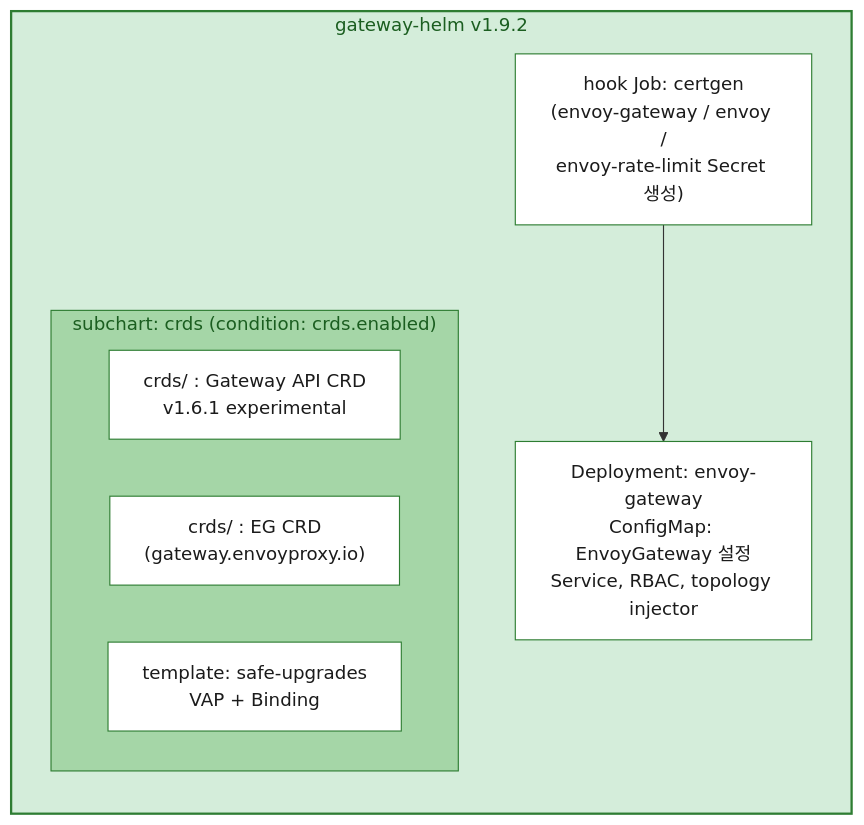
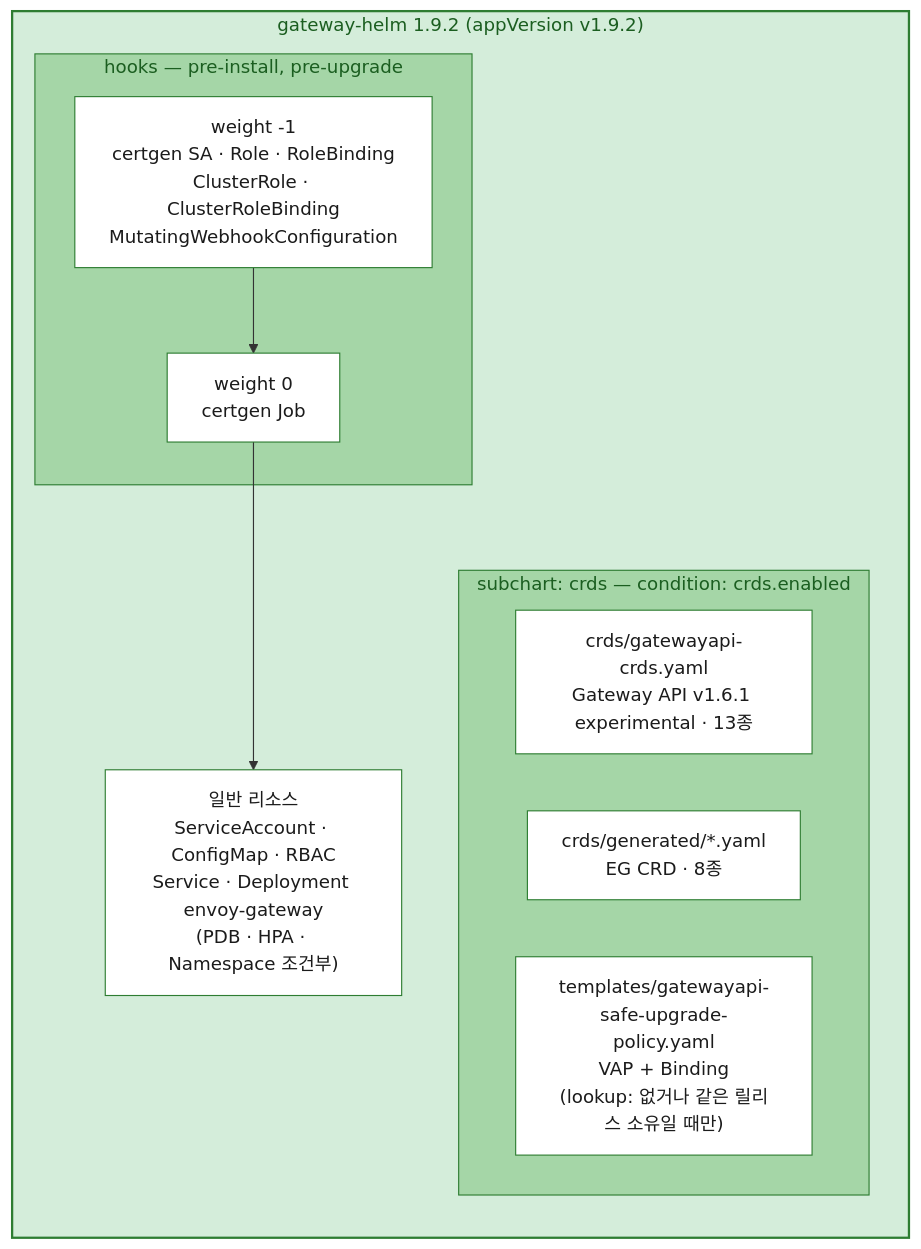
One commit to nkicker82/chat-with-ai changed the first of 4 diagrams in docs/envoy-gateway/envoy-gateway-helm-install-ts.md. Above: the diagram before and after it, drawn with Mermaid. The commit also changed other lines of this file, not shown here.

````diff
--- a/docs/envoy-gateway/envoy-gateway-helm-install-ts.md
+++ b/docs/envoy-gateway/envoy-gateway-helm-install-ts.md
@@ -80,18 +86,23 @@
 ```mermaid
+%%{init: {'themeVariables': {'fontSize': '16px'}}}%%
 flowchart TB
-  subgraph GH["gateway-helm v1.9.2"]
+  subgraph GH["gateway-helm 1.9.2  (appVersion v1.9.2)"]
     direction TB
-    subgraph SUB["subchart: crds  (condition: crds.enabled)"]
-      C1["crds/ : Gateway API CRD<br/>v1.6.1 experimental"]
-      C2["crds/ : EG CRD<br/>(gateway.envoyproxy.io)"]
-      V["template: safe-upgrades<br/>VAP + Binding"]
+    subgraph SUB["subchart: crds  —  condition: crds.enabled"]
+      C1["crds/gatewayapi-crds.yaml<br/>Gateway API v1.6.1 experimental · 13종"]
+      C2["crds/generated/*.yaml<br/>EG CRD · 8종"]
+      V["templates/gatewayapi-safe-upgrade-policy.yaml<br/>VAP + Binding<br/>(lookup: 없거나 같은 릴리스 소유일 때만)"]
     end
-    H["hook Job: certgen<br/>(envoy-gateway / envoy /<br/>envoy-rate-limit Secret 생성)"]
-    D["Deployment: envoy-gateway<br/>ConfigMap: EnvoyGateway 설정<br/>Service, RBAC, topology injector"]
+    subgraph HK["hooks  —  pre-install, pre-upgrade"]
+      H1["weight -1<br/>certgen SA · Role · RoleBinding<br/>ClusterRole · ClusterRoleBinding<br/>MutatingWebhookConfiguration"]
+      H2["weight 0<br/>certgen Job"]
+    end
+    D["일반 리소스<br/>ServiceAccount · ConfigMap · RBAC<br/>Service · Deployment envoy-gateway<br/>(PDB · HPA · Namespace 조건부)"]
   end
-  H --> D
+  H1 --> H2 --> D
   style GH fill:#d4edda,stroke:#2e7d32,stroke-width:2px,color:#1b5e20
   style SUB fill:#a5d6a7,stroke:#2e7d32,color:#1b5e20
+  style HK fill:#a5d6a7,stroke:#2e7d32,color:#1b5e20
   classDef box fill:#ffffff,stroke:#2e7d32,color:#1b1b1b
-  class C1,C2,V,H,D box
+  class C1,C2,V,H1,H2,D box
 ```
````
